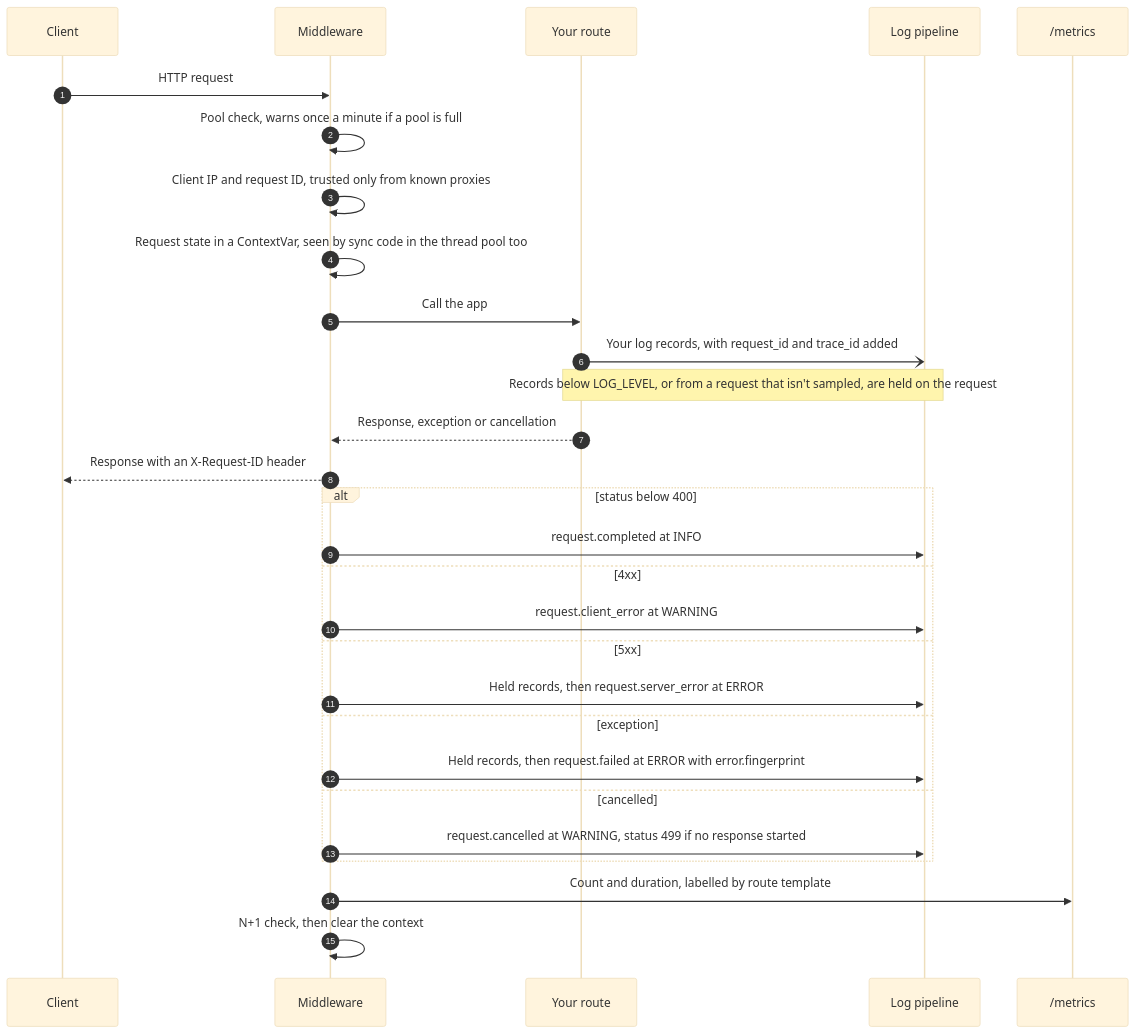
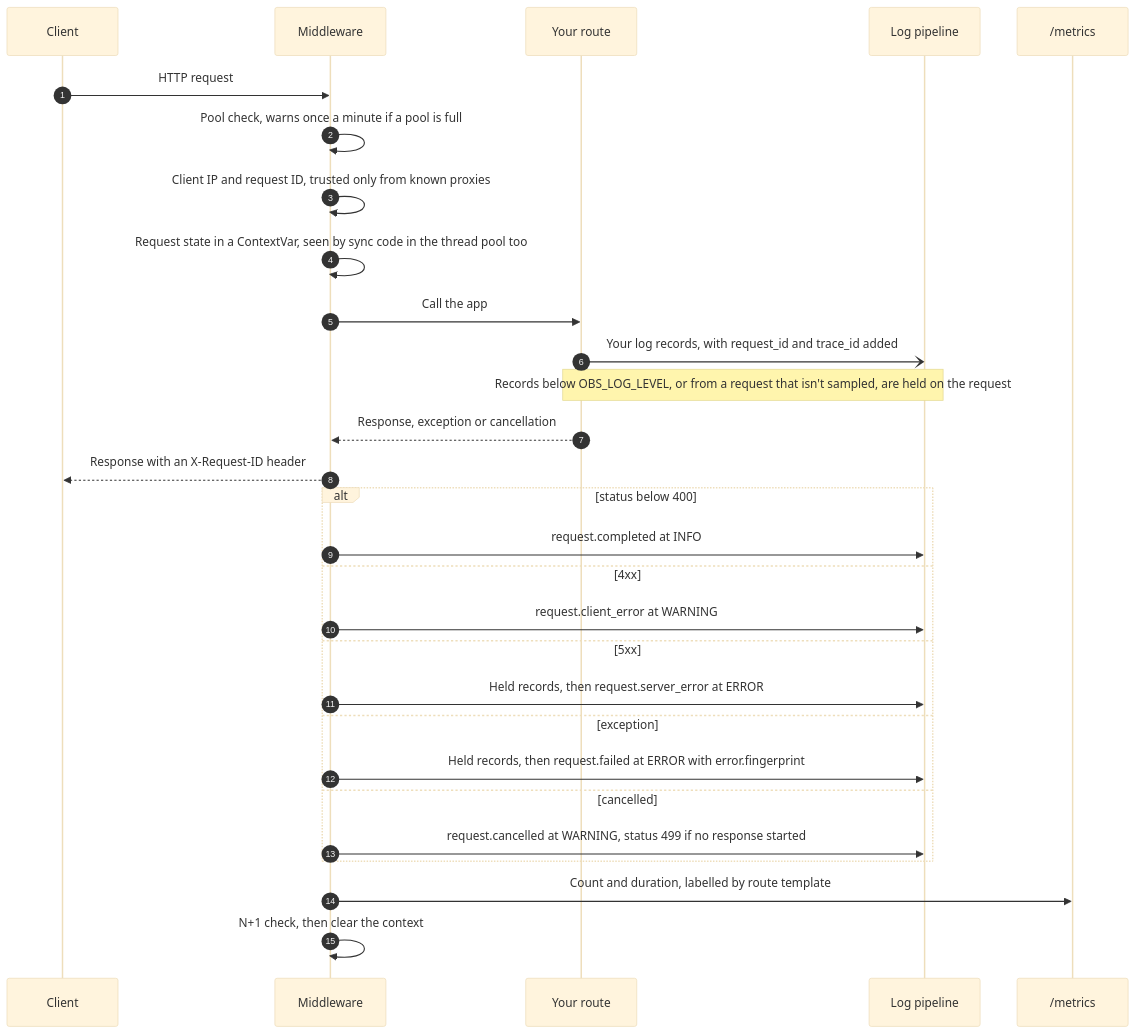
The second of 4 diagrams in docs/architecture.md (Vitaee/FastapiObserver), drawn with Mermaid (base theme) before and after one commit. The commit also changed other lines of this file and 80 other files, not shown here.

````diff
--- a/docs/architecture.md
+++ b/docs/architecture.md
@@ -79,32 +79,32 @@
 ```mermaid
 sequenceDiagram
   autonumber
   participant C as Client
   participant M as Middleware
   participant A as Your route
   participant L as Log pipeline
   participant P as /metrics
 
   C->>M: HTTP request
   M->>M: Pool check, warns once a minute if a pool is full
   M->>M: Client IP and request ID, trusted only from known proxies
   M->>M: Request state in a ContextVar, seen by sync code in the thread pool too
   M->>A: Call the app
   A-)L: Your log records, with request_id and trace_id added
-  Note over A,L: Records below LOG_LEVEL, or from a request that isn't sampled, are held on the request
+  Note over A,L: Records below OBS_LOG_LEVEL, or from a request that isn't sampled, are held on the request
   A-->>M: Response, exception or cancellation
   M-->>C: Response with an X-Request-ID header
   alt status below 400
     M->>L: request.completed at INFO
   else 4xx
     M->>L: request.client_error at WARNING
   else 5xx
     M->>L: Held records, then request.server_error at ERROR
   else exception
     M->>L: Held records, then request.failed at ERROR with error.fingerprint
   else cancelled
     M->>L: request.cancelled at WARNING, status 499 if no response started
   end
   M->>P: Count and duration, labelled by route template
   M->>M: N+1 check, then clear the context
 ```
````
